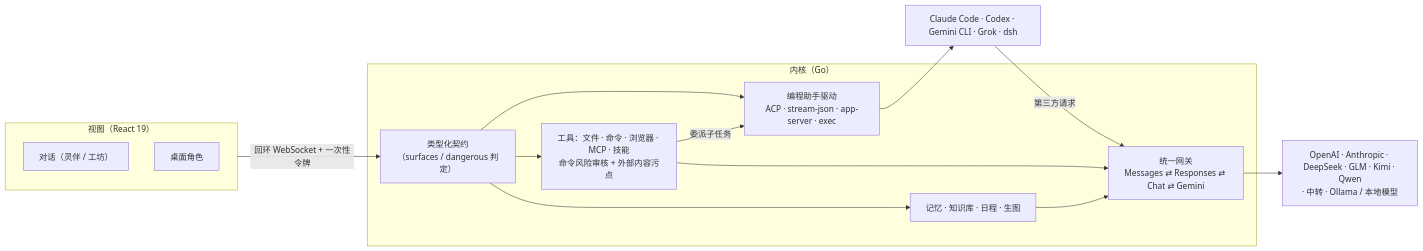
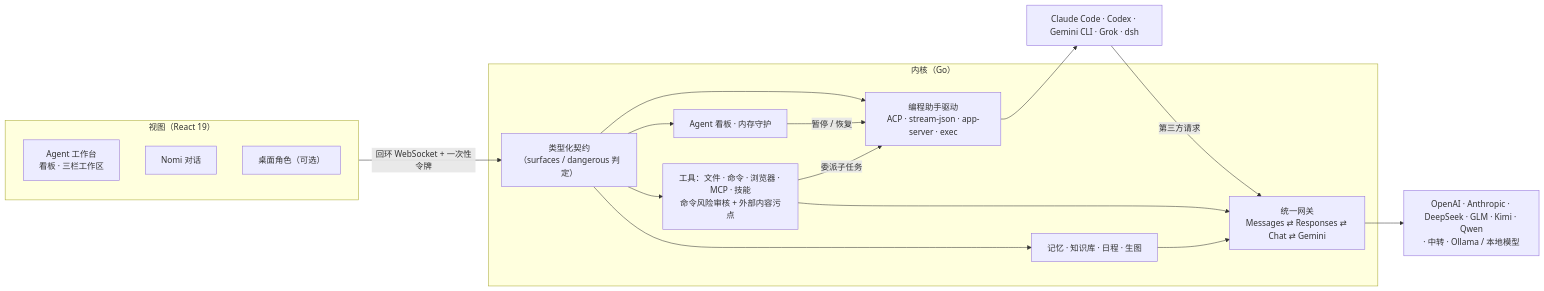
The diagram in README.md (Cookieboty/nomi-ai), drawn with Mermaid before and after one commit. The commit also changed other lines of this file and 4 other files, not shown here.

````diff
--- a/README.md
+++ b/README.md
@@ -81,23 +93,26 @@
 ```mermaid
 flowchart LR
   subgraph View["视图（React 19）"]
-    Chat["对话（灵伴 / 工坊）"]
-    Mascot["桌面角色"]
+    Bench["Agent 工作台<br/>看板 · 三栏工作区"]
+    Chat["Nomi 对话"]
+    Mascot["桌面角色（可选）"]
   end
   subgraph Core["内核（Go）"]
     Contract["类型化契约<br/>（surfaces / dangerous 判定）"]
+    Fleet["Agent 看板 · 内存守护"]
     Agents["编程助手驱动<br/>ACP · stream-json · app-server · exec"]
     Tools["工具：文件 · 命令 · 浏览器 · MCP · 技能<br/>命令风险审核 + 外部内容污点"]
     Mem["记忆 · 知识库 · 日程 · 生图"]
     GW["统一网关<br/>Messages ⇄ Responses ⇄ Chat ⇄ Gemini"]
   end
   CLI["Claude Code · Codex · Gemini CLI · Grok · dsh"]
   Up["OpenAI · Anthropic · DeepSeek · GLM · Kimi · Qwen<br/>· 中转 · Ollama / 本地模型"]
   View -- "回环 WebSocket + 一次性令牌" --> Contract
-  Contract --> Agents & Tools & Mem
+  Contract --> Fleet & Agents & Tools & Mem
+  Fleet -- "暂停 / 恢复" --> Agents
   Agents --> CLI
   CLI -- "第三方请求" --> GW
   Tools -- "委派子任务" --> Agents
   Tools & Mem --> GW
   GW --> Up
 ```
````
